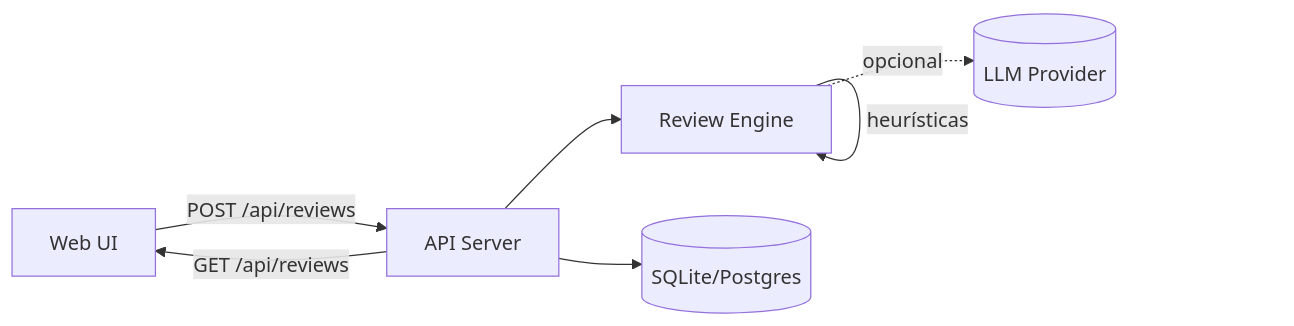
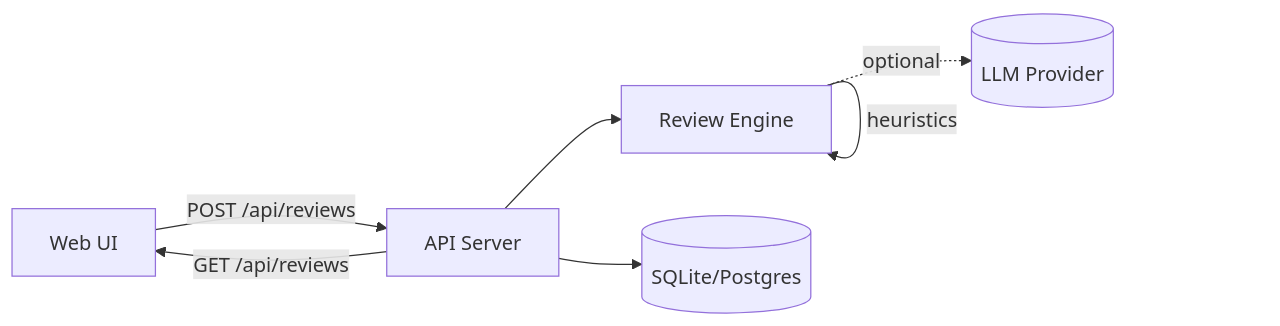
The diagram in project/docs/architecture.md (oleitao/ai-dev-tools-zoomcamp), drawn with Mermaid before and after one commit. The commit also changed other lines of this file and 11 other files, not shown here.

````diff
--- a/project/docs/architecture.md
+++ b/project/docs/architecture.md
@@ -34,9 +34,9 @@
 ```mermaid
 flowchart LR
   UI[Web UI] -->|POST /api/reviews| API[API Server]
   API --> Engine[Review Engine]
-  Engine -->|heurísticas| Engine
-  Engine -. opcional .-> LLM[(LLM Provider)]
+  Engine -->|heuristics| Engine
+  Engine -. optional .-> LLM[(LLM Provider)]
   API --> DB[(SQLite/Postgres)]
   API -->|GET /api/reviews| UI
 ```
````
